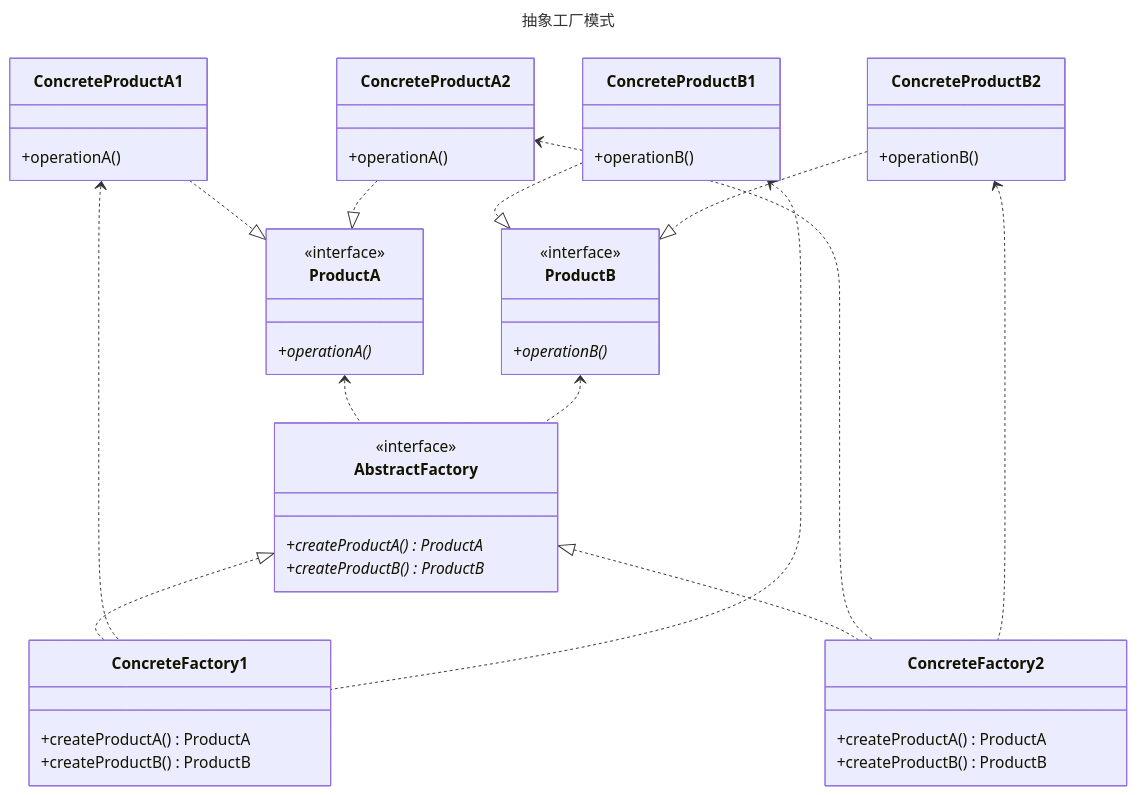
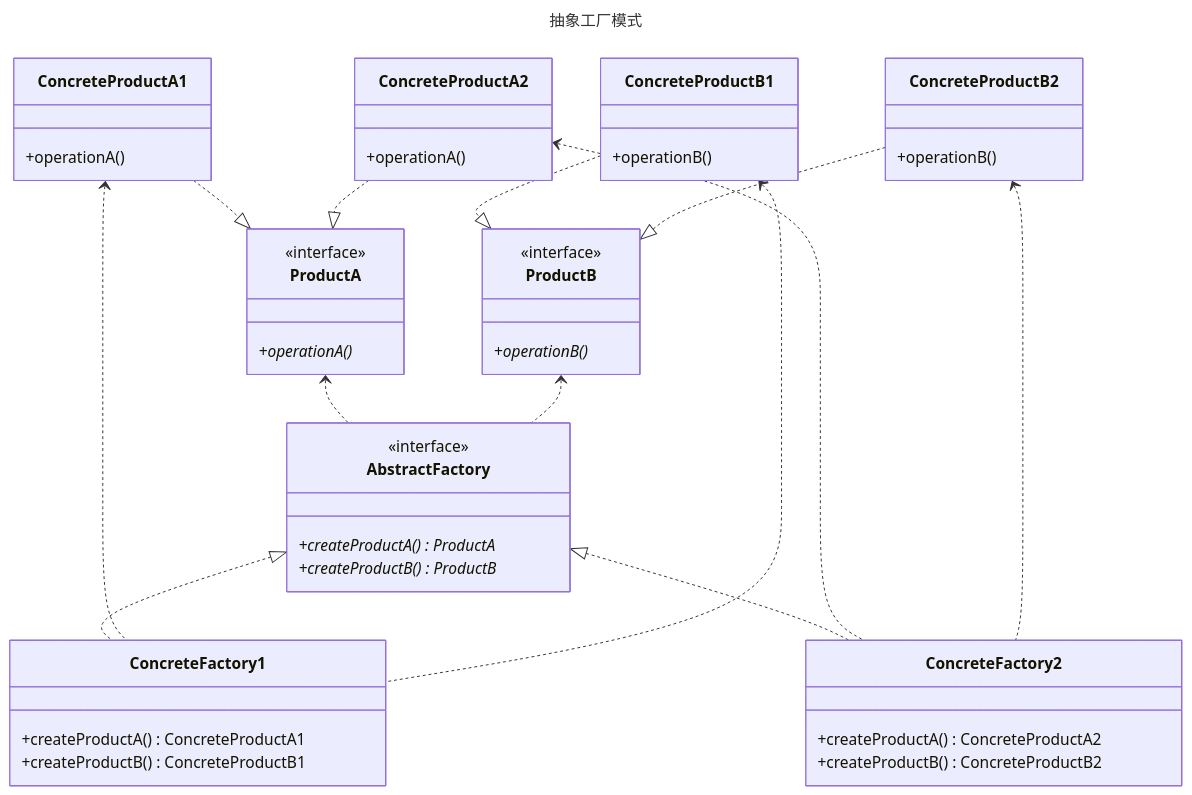
One commit to fengyun89/typescript-design-patterns changed the diagram in abstract-factory/README.md. Above: the diagram before and after it, drawn with Mermaid. The commit also changed 6 other files, not shown here.

````diff
--- a/abstract-factory/README.md
+++ b/abstract-factory/README.md
@@ -1,51 +1,51 @@
 ```mermaid
 ---
 title: 抽象工厂模式
 ---
 classDiagram
     class ProductA {
         <<interface>>
         +operationA()*
     }
     class ConcreteProductA1 {
         +operationA()
     }
     class ConcreteProductA2 {
         +operationA()
     }
     class ProductB {
         <<interface>>
         +operationB()*
     }
     class ConcreteProductB1 {
         +operationB()
     }
     class ConcreteProductB2 {
         +operationB()
     }
     class AbstractFactory {
         <<interface>>
         +createProductA()* ProductA
         +createProductB()* ProductB
     }
     class ConcreteFactory1 {
-        +createProductA() ProductA
-        +createProductB() ProductB
+        +createProductA() ConcreteProductA1
+        +createProductB() ConcreteProductB1
     }
     class ConcreteFactory2 {
-        +createProductA() ProductA
-        +createProductB() ProductB
+        +createProductA() ConcreteProductA2
+        +createProductB() ConcreteProductB2
     }
     ConcreteProductA1 ..|> ProductA
     ConcreteProductA2 ..|> ProductA
     ConcreteProductB1 ..|> ProductB
     ConcreteProductB2 ..|> ProductB
     ProductA <.. AbstractFactory
     ProductB <.. AbstractFactory
     AbstractFactory <|.. ConcreteFactory1
     AbstractFactory <|.. ConcreteFactory2
     ConcreteProductA1 <.. ConcreteFactory1
     ConcreteProductB1 <.. ConcreteFactory1
     ConcreteProductA2 <.. ConcreteFactory2
     ConcreteProductB2 <.. ConcreteFactory2
 ```
````
